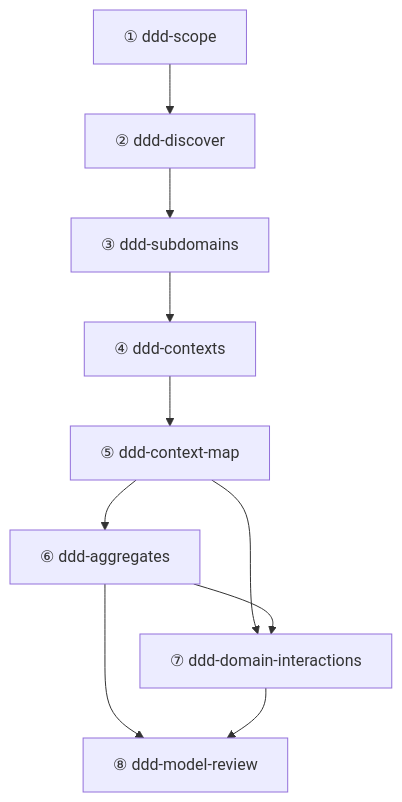
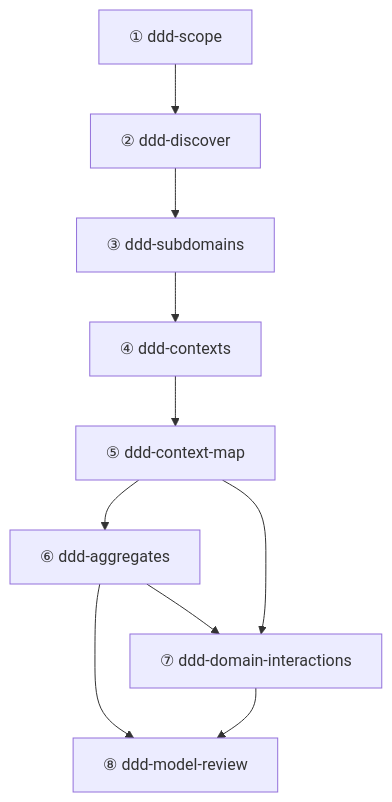
One commit to ForceInjection/domain-driven-design-skills changed the diagram in ddd-skill-system-design.md. Above: the diagram before and after it, drawn with Mermaid.

Commit message:
docs: format mermaid diagram and reorder edges for visual grouping

````diff
--- a/ddd-skill-system-design.md
+++ b/ddd-skill-system-design.md
@@ -105,28 +105,28 @@
 ```mermaid
 flowchart TD
     %% Stage I: Discovery
     A1["① ddd-scope"]
     A2["② ddd-discover"]
-    
+
     %% Stage II: Strategic
     B1["③ ddd-subdomains"]
     B2["④ ddd-contexts"]
     B3["⑤ ddd-context-map"]
-    
+
     %% Stage III: Tactical
     C1["⑥ ddd-aggregates"]
     C2["⑦ ddd-domain-interactions"]
-    
+
     %% Stage IV: Validation
     D1["⑧ ddd-model-review"]
-    
+
     A1 --> A2
     A2 --> B1
     B1 --> B2
     B2 --> B3
     B3 --> C1
+    C1 --> C2
     B3 --> C2
-    C1 --> C2
     C1 --> D1
     C2 --> D1
 ```
````
